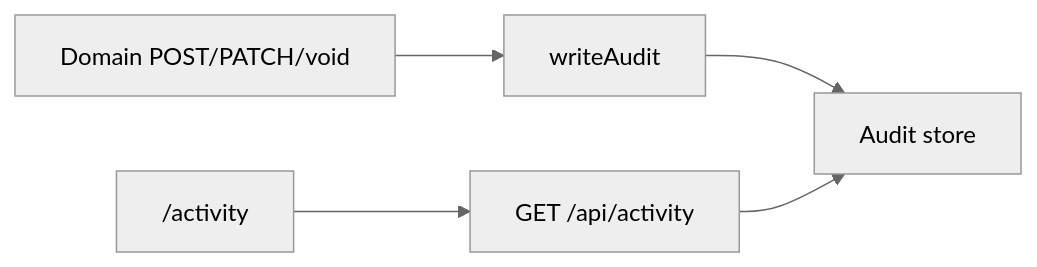
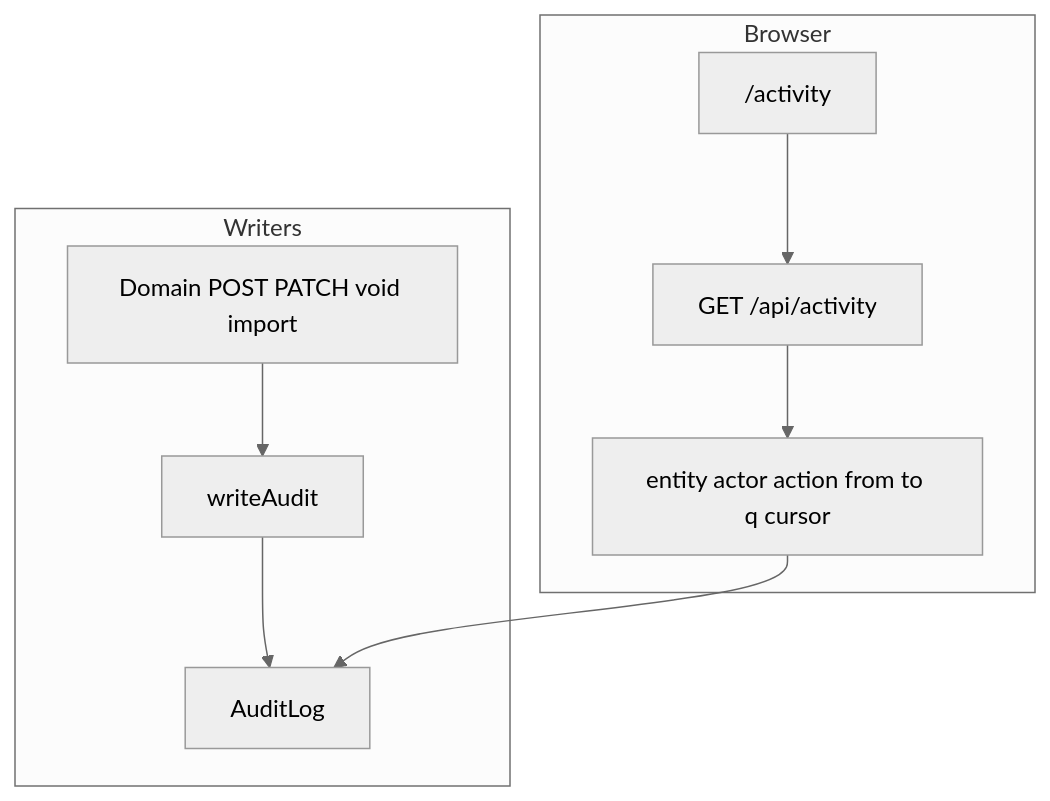
One commit to psmpasupathi009/mlf changed the first of 2 diagrams in docs/mlf flows/activity_flow.md. Above: the diagram before and after it, drawn with Mermaid (neutral theme). The commit also changed other lines of this file and 52 other files, not shown here.

````diff
--- a/docs/mlf flows/activity_flow.md
+++ b/docs/mlf flows/activity_flow.md
@@ -12,7 +7,17 @@
 ```mermaid
-flowchart LR
-  domains["Domain POST/PATCH/void"] --> audit["writeAudit"]
-  audit --> db["Audit store"]
-  page["/activity"] --> get["GET /api/activity"]
-  get --> db
+flowchart TD
+  subgraph writers [Writers]
+    domains["Domain POST PATCH void import"]
+    auditFn["writeAudit"]
+    store["AuditLog"]
+  end
+
+  subgraph browser [Browser]
+    page["/activity"]
+    get["GET /api/activity"]
+    filters["entity actor action from to q cursor"]
+  end
+
+  domains --> auditFn --> store
+  page --> get --> filters --> store
 ```
````
